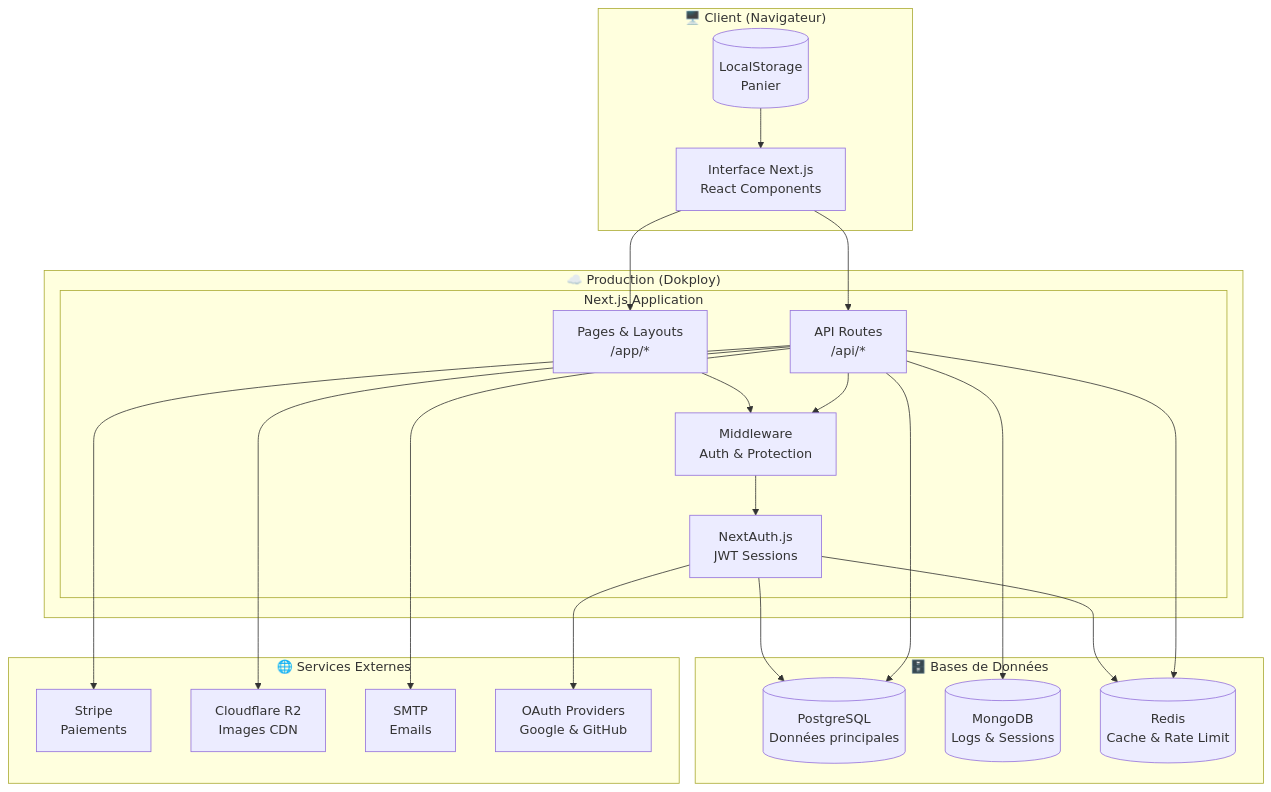
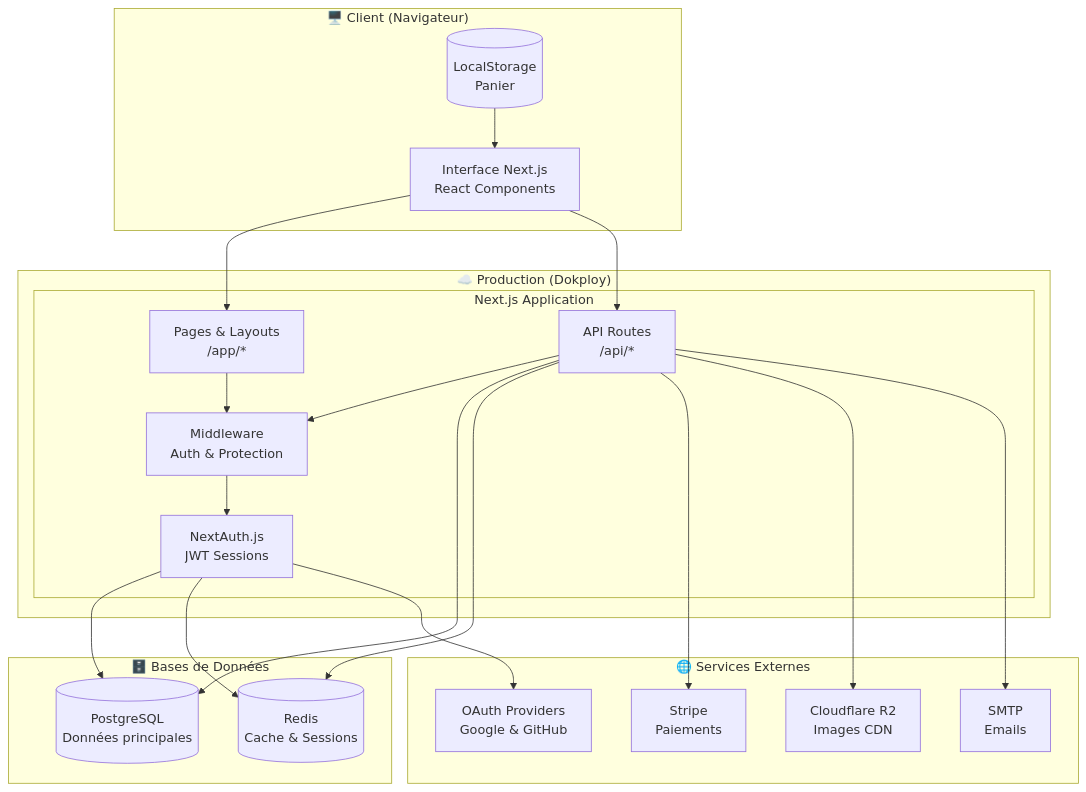
Before and after one commit to itsaam/althea-systems: the first of 4 diagrams in docs/DIAGRAMMES_TECHNIQUES.md, drawn with Mermaid. The commit also changed other lines of this file, not shown here.

Commit message:
fix(docs): fix Mermaid syntax and remove MongoDB

````diff
--- a/docs/DIAGRAMMES_TECHNIQUES.md
+++ b/docs/DIAGRAMMES_TECHNIQUES.md
@@ -12,45 +12,43 @@
 ```mermaid
 graph TB
     subgraph Client["🖥️ Client (Navigateur)"]
         UI[Interface Next.js<br/>React Components]
         LocalStorage[(LocalStorage<br/>Panier)]
     end
 
     subgraph Vercel["☁️ Production (Dokploy)"]
         subgraph NextJS["Next.js Application"]
             Pages[Pages & Layouts<br/>/app/*]
             API[API Routes<br/>/api/*]
             Middleware[Middleware<br/>Auth & Protection]
             Auth[NextAuth.js<br/>JWT Sessions]
         end
     end
 
     subgraph Databases["🗄️ Bases de Données"]
         PostgreSQL[(PostgreSQL<br/>Données principales)]
-        MongoDB[(MongoDB<br/>Logs & Sessions)]
-        Redis[(Redis<br/>Cache & Rate Limit)]
+        Redis[(Redis<br/>Cache & Sessions)]
     end
 
     subgraph External["🌐 Services Externes"]
         Stripe[Stripe<br/>Paiements]
         R2[Cloudflare R2<br/>Images CDN]
         SMTP[SMTP<br/>Emails]
         OAuth[OAuth Providers<br/>Google & GitHub]
     end
 
     UI --> Pages
     UI --> API
     LocalStorage --> UI
     Pages --> Middleware
     API --> Middleware
     Middleware --> Auth
     Auth --> PostgreSQL
     Auth --> Redis
     API --> PostgreSQL
-    API --> MongoDB
     API --> Redis
     API --> Stripe
     API --> R2
     API --> SMTP
     Auth --> OAuth
 ```
````
